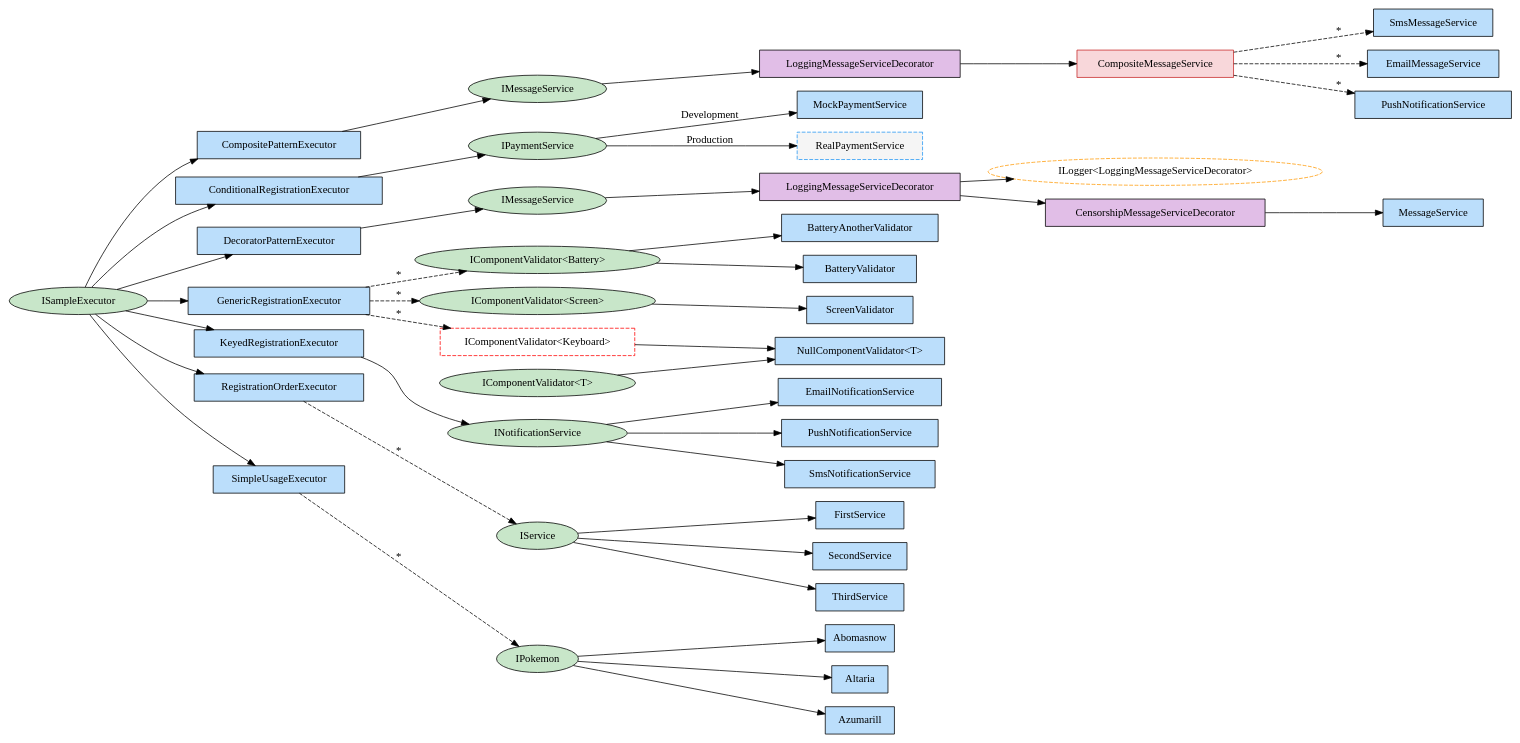
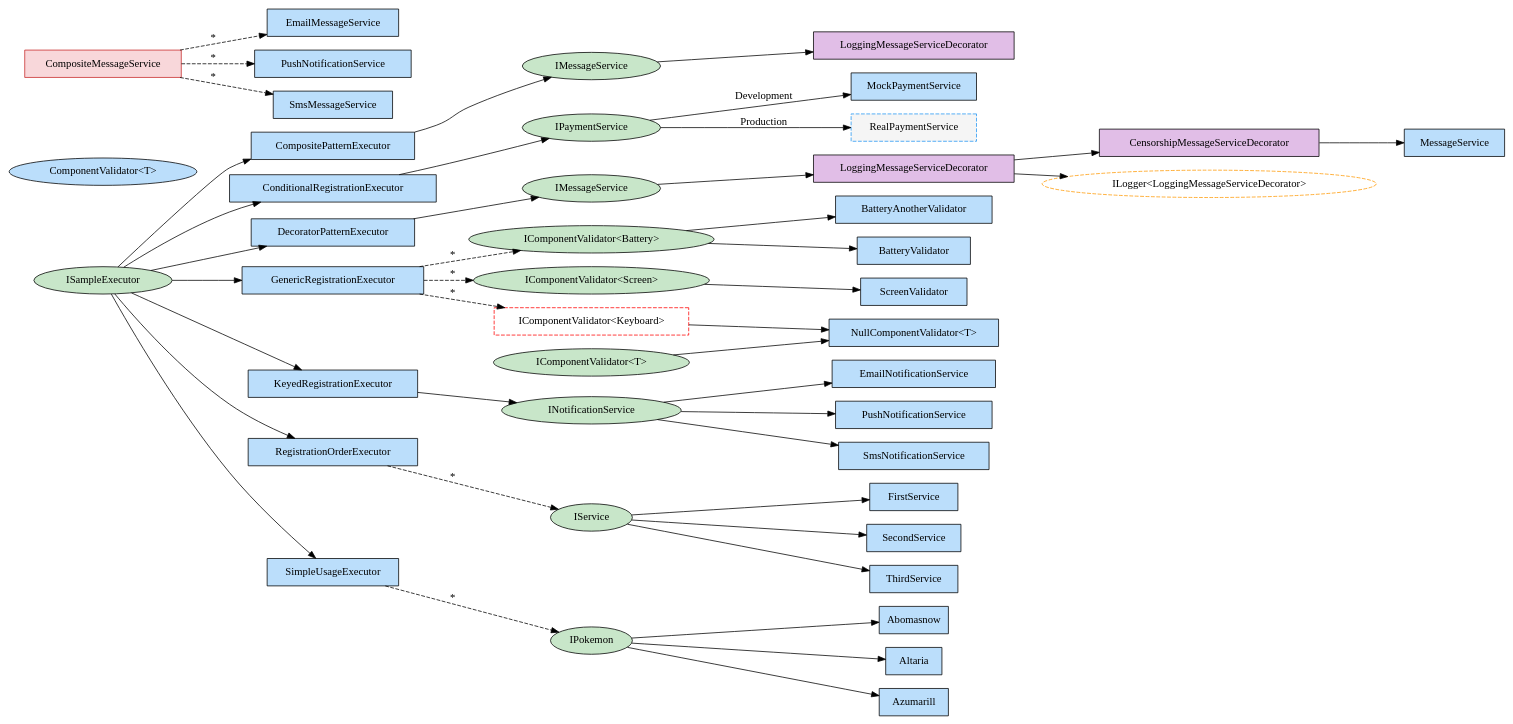
Before and after one commit to arika0093/Qudi: the diagram in examples/Qudi.Example.Readme/exported/all.dot, drawn with Graphviz. The commit also changed 5 other files, not shown here.

Commit message:
Update README and documentation for ComponentValidator helper

```diff
--- a/examples/Qudi.Example.Readme/exported/all.dot
+++ b/examples/Qudi.Example.Readme/exported/all.dot
@@ -1,87 +1,87 @@
 digraph Qudi {
   rankdir=LR;
 node [shape=box, fontname="Consolas"];
   "Qudi.Examples.SimpleUsage.Abomasnow" [label="Abomasnow", shape=box, style=filled, fillcolor="#bbdefb"];
   "Qudi.Examples.SimpleUsage.Altaria" [label="Altaria", shape=box, style=filled, fillcolor="#bbdefb"];
   "Qudi.Examples.SimpleUsage.Azumarill" [label="Azumarill", shape=box, style=filled, fillcolor="#bbdefb"];
   "Qudi.Examples.GenericRegistration.BatteryAnotherValidator" [label="BatteryAnotherValidator", shape=box, style=filled, fillcolor="#bbdefb"];
   "Qudi.Examples.GenericRegistration.BatteryValidator" [label="BatteryValidator", shape=box, style=filled, fillcolor="#bbdefb"];
   "Qudi.Examples.DecoratorPattern.CensorshipMessageServiceDecorator" [label="CensorshipMessageServiceDecorator", shape=box, style=filled, fillcolor="#e1bee7"];
+  "Qudi.Examples.GenericRegistration.ComponentValidator<T>" [label="ComponentValidator<T>", shape=ellipse, style=filled, fillcolor="#bbdefb"];
   "Qudi.Examples.CompositePattern.CompositeMessageService" [label="CompositeMessageService", shape=box, style=filled, fillcolor="#f8d7da", color="#c62828"];
   "Qudi.Examples.CompositePattern.CompositePatternExecutor" [label="CompositePatternExecutor", shape=box, style=filled, fillcolor="#bbdefb"];
   "Qudi.Examples.ConditionalRegistration.ConditionalRegistrationExecutor" [label="ConditionalRegistrationExecutor", shape=box, style=filled, fillcolor="#bbdefb"];
   "Qudi.Examples.DecoratorPattern.DecoratorPatternExecutor" [label="DecoratorPatternExecutor", shape=box, style=filled, fillcolor="#bbdefb"];
   "Qudi.Examples.CompositePattern.EmailMessageService" [label="EmailMessageService", shape=box, style=filled, fillcolor="#bbdefb"];
   "Qudi.Examples.KeyedRegistration.EmailNotificationService" [label="EmailNotificationService", shape=box, style=filled, fillcolor="#bbdefb"];
   "Qudi.Examples.RegistrationOrder.FirstService" [label="FirstService", shape=box, style=filled, fillcolor="#bbdefb"];
   "Qudi.Examples.GenericRegistration.GenericRegistrationExecutor" [label="GenericRegistrationExecutor", shape=box, style=filled, fillcolor="#bbdefb"];
   "Qudi.Examples.GenericRegistration.IComponentValidator<Qudi.Examples.GenericRegistration.Battery>" [label="IComponentValidator<Battery>", shape=ellipse, style=filled, fillcolor="#c8e6c9"];
   "Qudi.Examples.GenericRegistration.IComponentValidator<Qudi.Examples.GenericRegistration.Keyboard>" [label="IComponentValidator<Keyboard>", shape=box, style=dashed, color=red];
   "Qudi.Examples.GenericRegistration.IComponentValidator<Qudi.Examples.GenericRegistration.Screen>" [label="IComponentValidator<Screen>", shape=ellipse, style=filled, fillcolor="#c8e6c9"];
   "Qudi.Examples.GenericRegistration.IComponentValidator<T>" [label="IComponentValidator<T>", shape=ellipse, style=filled, fillcolor="#c8e6c9"];
   "Microsoft.Extensions.Logging.ILogger<Qudi.Examples.DecoratorPattern.LoggingMessageServiceDecorator>" [label="ILogger<LoggingMessageServiceDecorator>", shape=ellipse, style=dashed, fillcolor="#ffe0b2", color="#ff9800"];
   "Qudi.Examples.CompositePattern.IMessageService" [label="IMessageService", shape=ellipse, style=filled, fillcolor="#c8e6c9"];
   "Qudi.Examples.DecoratorPattern.IMessageService" [label="IMessageService", shape=ellipse, style=filled, fillcolor="#c8e6c9"];
   "Qudi.Examples.KeyedRegistration.INotificationService" [label="INotificationService", shape=ellipse, style=filled, fillcolor="#c8e6c9"];
   "Qudi.Examples.ConditionalRegistration.IPaymentService" [label="IPaymentService", shape=ellipse, style=filled, fillcolor="#c8e6c9"];
   "Qudi.Examples.SimpleUsage.IPokemon" [label="IPokemon", shape=ellipse, style=filled, fillcolor="#c8e6c9"];
   "Qudi.Examples.ISampleExecutor" [label="ISampleExecutor", shape=ellipse, style=filled, fillcolor="#c8e6c9"];
   "Qudi.Examples.RegistrationOrder.IService" [label="IService", shape=ellipse, style=filled, fillcolor="#c8e6c9"];
   "Qudi.Examples.KeyedRegistration.KeyedRegistrationExecutor" [label="KeyedRegistrationExecutor", shape=box, style=filled, fillcolor="#bbdefb"];
   "Qudi.Examples.CompositePattern.LoggingMessageServiceDecorator" [label="LoggingMessageServiceDecorator", shape=box, style=filled, fillcolor="#e1bee7"];
   "Qudi.Examples.DecoratorPattern.LoggingMessageServiceDecorator" [label="LoggingMessageServiceDecorator", shape=box, style=filled, fillcolor="#e1bee7"];
   "Qudi.Examples.DecoratorPattern.MessageService" [label="MessageService", shape=box, style=filled, fillcolor="#bbdefb"];
   "Qudi.Examples.ConditionalRegistration.MockPaymentService" [label="MockPaymentService", shape=box, style=filled, fillcolor="#bbdefb"];
   "Qudi.Examples.GenericRegistration.NullComponentValidator<T>" [label="NullComponentValidator<T>", shape=box, style=filled, fillcolor="#bbdefb"];
   "Qudi.Examples.CompositePattern.PushNotificationService" [label="PushNotificationService", shape=box, style=filled, fillcolor="#bbdefb"];
   "Qudi.Examples.KeyedRegistration.PushNotificationService" [label="PushNotificationService", shape=box, style=filled, fillcolor="#bbdefb"];
   "Qudi.Examples.ConditionalRegistration.RealPaymentService" [label="RealPaymentService", shape=box, style="filled,dashed", fillcolor="#f5f5f5", color="#2196f3"];
   "Qudi.Examples.RegistrationOrder.RegistrationOrderExecutor" [label="RegistrationOrderExecutor", shape=box, style=filled, fillcolor="#bbdefb"];
   "Qudi.Examples.GenericRegistration.ScreenValidator" [label="ScreenValidator", shape=box, style=filled, fillcolor="#bbdefb"];
   "Qudi.Examples.RegistrationOrder.SecondService" [label="SecondService", shape=box, style=filled, fillcolor="#bbdefb"];
   "Qudi.Examples.SimpleUsage.SimpleUsageExecutor" [label="SimpleUsageExecutor", shape=box, style=filled, fillcolor="#bbdefb"];
   "Qudi.Examples.CompositePattern.SmsMessageService" [label="SmsMessageService", shape=box, style=filled, fillcolor="#bbdefb"];
   "Qudi.Examples.KeyedRegistration.SmsNotificationService" [label="SmsNotificationService", shape=box, style=filled, fillcolor="#bbdefb"];
   "Qudi.Examples.RegistrationOrder.ThirdService" [label="ThirdService", shape=box, style=filled, fillcolor="#bbdefb"];
   "Qudi.Examples.SimpleUsage.IPokemon" -> "Qudi.Examples.SimpleUsage.Altaria";
   "Qudi.Examples.ISampleExecutor" -> "Qudi.Examples.CompositePattern.CompositePatternExecutor";
   "Qudi.Examples.CompositePattern.CompositePatternExecutor" -> "Qudi.Examples.CompositePattern.IMessageService";
   "Qudi.Examples.ConditionalRegistration.IPaymentService" -> "Qudi.Examples.ConditionalRegistration.MockPaymentService" [label="Development"];
   "Qudi.Examples.ConditionalRegistration.IPaymentService" -> "Qudi.Examples.ConditionalRegistration.RealPaymentService" [label="Production"];
   "Qudi.Examples.ISampleExecutor" -> "Qudi.Examples.ConditionalRegistration.ConditionalRegistrationExecutor";
   "Qudi.Examples.ConditionalRegistration.ConditionalRegistrationExecutor" -> "Qudi.Examples.ConditionalRegistration.IPaymentService";
   "Qudi.Examples.ISampleExecutor" -> "Qudi.Examples.DecoratorPattern.DecoratorPatternExecutor";
   "Qudi.Examples.DecoratorPattern.DecoratorPatternExecutor" -> "Qudi.Examples.DecoratorPattern.IMessageService";
   "Qudi.Examples.GenericRegistration.IComponentValidator<T>" -> "Qudi.Examples.GenericRegistration.NullComponentValidator<T>";
   "Qudi.Examples.GenericRegistration.IComponentValidator<Qudi.Examples.GenericRegistration.Battery>" -> "Qudi.Examples.GenericRegistration.BatteryValidator";
   "Qudi.Examples.GenericRegistration.IComponentValidator<Qudi.Examples.GenericRegistration.Battery>" -> "Qudi.Examples.GenericRegistration.BatteryAnotherValidator";
   "Qudi.Examples.GenericRegistration.IComponentValidator<Qudi.Examples.GenericRegistration.Screen>" -> "Qudi.Examples.GenericRegistration.ScreenValidator";
   "Qudi.Examples.ISampleExecutor" -> "Qudi.Examples.GenericRegistration.GenericRegistrationExecutor";
   "Qudi.Examples.GenericRegistration.GenericRegistrationExecutor" -> "Qudi.Examples.GenericRegistration.IComponentValidator<Qudi.Examples.GenericRegistration.Battery>" [label="*", style=dashed];
   "Qudi.Examples.GenericRegistration.GenericRegistrationExecutor" -> "Qudi.Examples.GenericRegistration.IComponentValidator<Qudi.Examples.GenericRegistration.Screen>" [label="*", style=dashed];
   "Qudi.Examples.GenericRegistration.GenericRegistrationExecutor" -> "Qudi.Examples.GenericRegistration.IComponentValidator<Qudi.Examples.GenericRegistration.Keyboard>" [label="*", style=dashed];
   "Qudi.Examples.KeyedRegistration.INotificationService" -> "Qudi.Examples.KeyedRegistration.EmailNotificationService";
   "Qudi.Examples.KeyedRegistration.INotificationService" -> "Qudi.Examples.KeyedRegistration.SmsNotificationService";
   "Qudi.Examples.KeyedRegistration.INotificationService" -> "Qudi.Examples.KeyedRegistration.PushNotificationService";
   "Qudi.Examples.ISampleExecutor" -> "Qudi.Examples.KeyedRegistration.KeyedRegistrationExecutor";
   "Qudi.Examples.KeyedRegistration.KeyedRegistrationExecutor" -> "Qudi.Examples.KeyedRegistration.INotificationService";
   "Qudi.Examples.RegistrationOrder.IService" -> "Qudi.Examples.RegistrationOrder.FirstService";
   "Qudi.Examples.RegistrationOrder.IService" -> "Qudi.Examples.RegistrationOrder.SecondService";
   "Qudi.Examples.RegistrationOrder.IService" -> "Qudi.Examples.RegistrationOrder.ThirdService";
   "Qudi.Examples.ISampleExecutor" -> "Qudi.Examples.RegistrationOrder.RegistrationOrderExecutor";
   "Qudi.Examples.RegistrationOrder.RegistrationOrderExecutor" -> "Qudi.Examples.RegistrationOrder.IService" [label="*", style=dashed];
   "Qudi.Examples.SimpleUsage.IPokemon" -> "Qudi.Examples.SimpleUsage.Abomasnow";
   "Qudi.Examples.ISampleExecutor" -> "Qudi.Examples.SimpleUsage.SimpleUsageExecutor";
   "Qudi.Examples.SimpleUsage.SimpleUsageExecutor" -> "Qudi.Examples.SimpleUsage.IPokemon" [label="*", style=dashed];
   "Qudi.Examples.SimpleUsage.IPokemon" -> "Qudi.Examples.SimpleUsage.Azumarill";
   "Qudi.Examples.CompositePattern.IMessageService" -> "Qudi.Examples.CompositePattern.LoggingMessageServiceDecorator";
-  "Qudi.Examples.CompositePattern.LoggingMessageServiceDecorator" -> "Qudi.Examples.CompositePattern.CompositeMessageService";
   "Qudi.Examples.DecoratorPattern.IMessageService" -> "Qudi.Examples.DecoratorPattern.LoggingMessageServiceDecorator";
   "Qudi.Examples.DecoratorPattern.LoggingMessageServiceDecorator" -> "Qudi.Examples.DecoratorPattern.CensorshipMessageServiceDecorator";
   "Qudi.Examples.DecoratorPattern.LoggingMessageServiceDecorator" -> "Microsoft.Extensions.Logging.ILogger<Qudi.Examples.DecoratorPattern.LoggingMessageServiceDecorator>";
   "Qudi.Examples.DecoratorPattern.CensorshipMessageServiceDecorator" -> "Qudi.Examples.DecoratorPattern.MessageService";
   "Qudi.Examples.CompositePattern.CompositeMessageService" -> "Qudi.Examples.CompositePattern.EmailMessageService" [label="*", style=dashed];
   "Qudi.Examples.CompositePattern.CompositeMessageService" -> "Qudi.Examples.CompositePattern.SmsMessageService" [label="*", style=dashed];
   "Qudi.Examples.CompositePattern.CompositeMessageService" -> "Qudi.Examples.CompositePattern.PushNotificationService" [label="*", style=dashed];
   "Qudi.Examples.GenericRegistration.IComponentValidator<Qudi.Examples.GenericRegistration.Keyboard>" -> "Qudi.Examples.GenericRegistration.NullComponentValidator<T>";
 }
```
